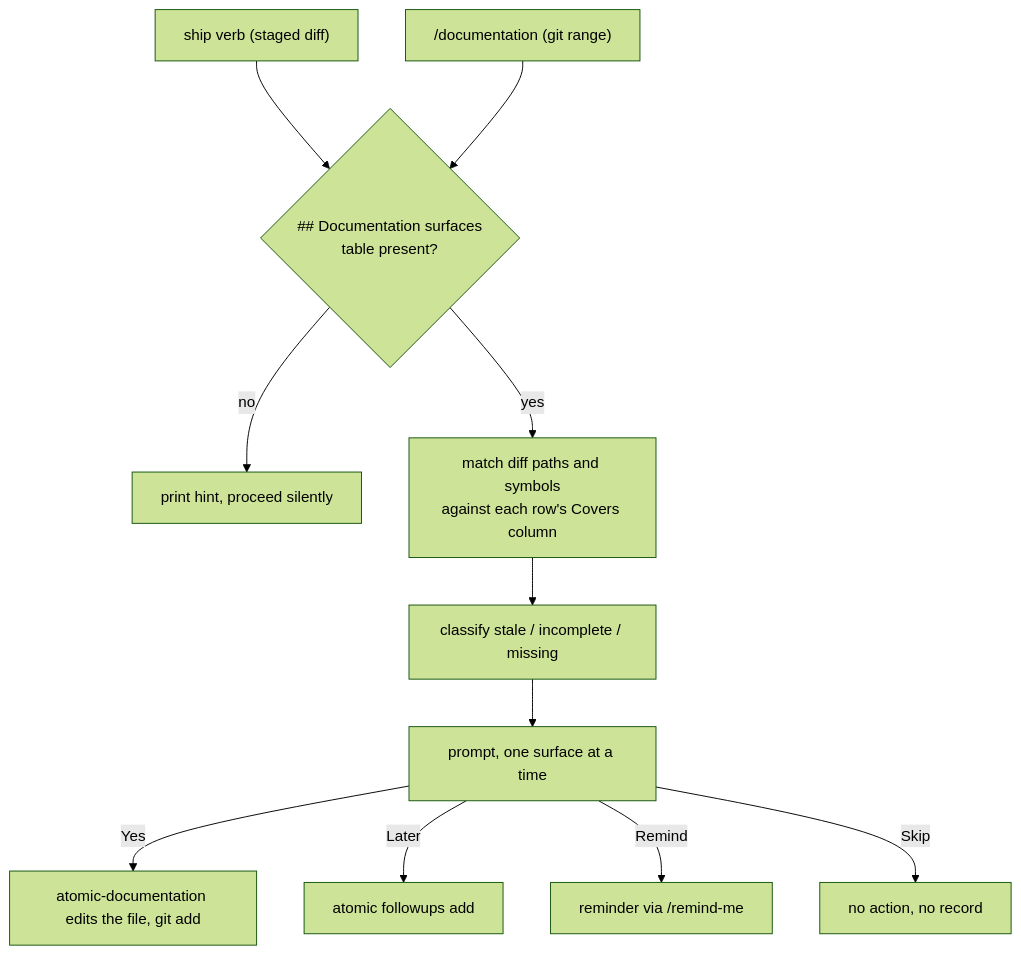
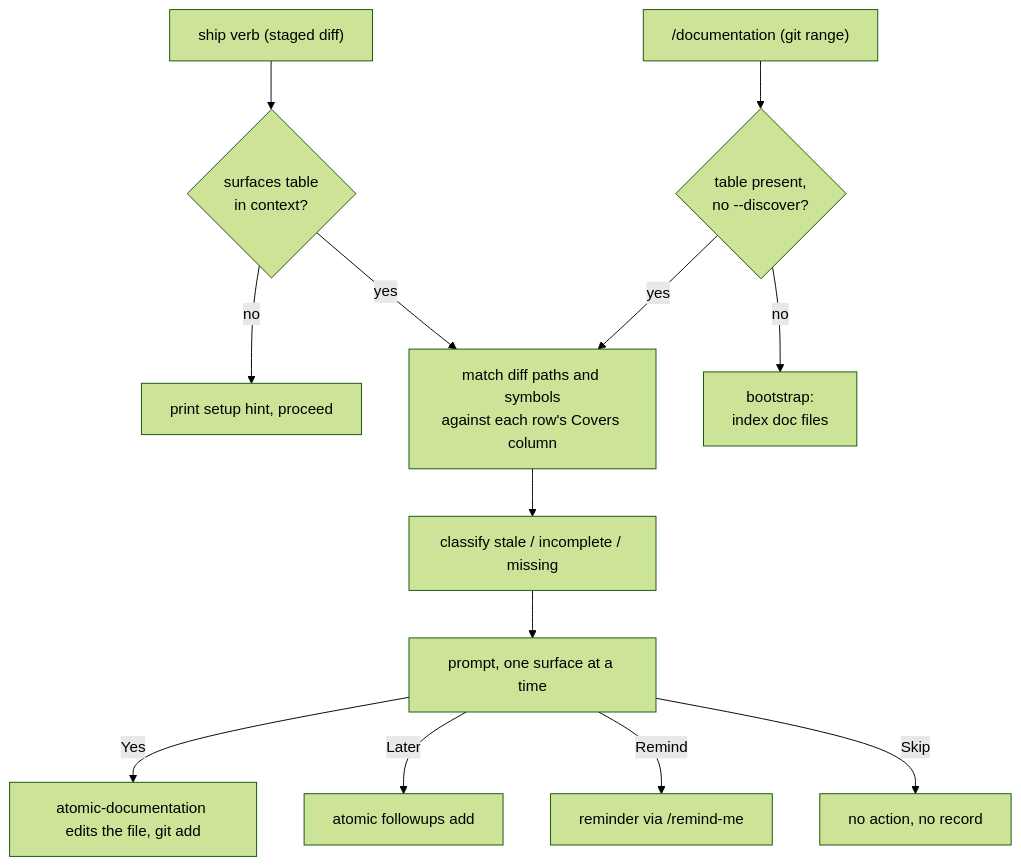
Before and after one commit to damusix/atomic-claude: the first of 2 diagrams in docs/wiki/docs-meta.md, drawn with Mermaid (forest theme). The commit also changed other lines of this file and 86 other files, not shown here.

First line of the commit message:
feat: draw branching artifact flows as Mermaid

````diff
--- a/docs/wiki/docs-meta.md
+++ b/docs/wiki/docs-meta.md
@@ -56,14 +60,18 @@
 ```mermaid
 flowchart TD
     A["ship verb (staged diff)"] --> T
-    B["/documentation (git range)"] --> T
-    T{"## Documentation surfaces<br/>table present?"}
-    T -->|no| H["print hint, proceed silently"]
-    T -->|yes| M["match diff paths and symbols<br/>against each row's Covers column"]
+    B["/documentation (git range)"] --> D
+    T{"surfaces table<br/>in context?"}
+    T -->|no| H["print setup hint, proceed"]
+    T -->|yes| M
+    D{"table present,<br/>no --discover?"}
+    D -->|no| BS["bootstrap:<br/>index doc files"]
+    D -->|yes| M
+    M["match diff paths and symbols<br/>against each row's Covers column"]
     M --> C["classify stale / incomplete / missing"]
     C --> P["prompt, one surface at a time"]
     P -->|Yes| E["atomic-documentation edits the file, git add"]
     P -->|Later| F["atomic followups add"]
     P -->|Remind| R["reminder via /remind-me"]
     P -->|Skip| N["no action, no record"]
 ```
````
